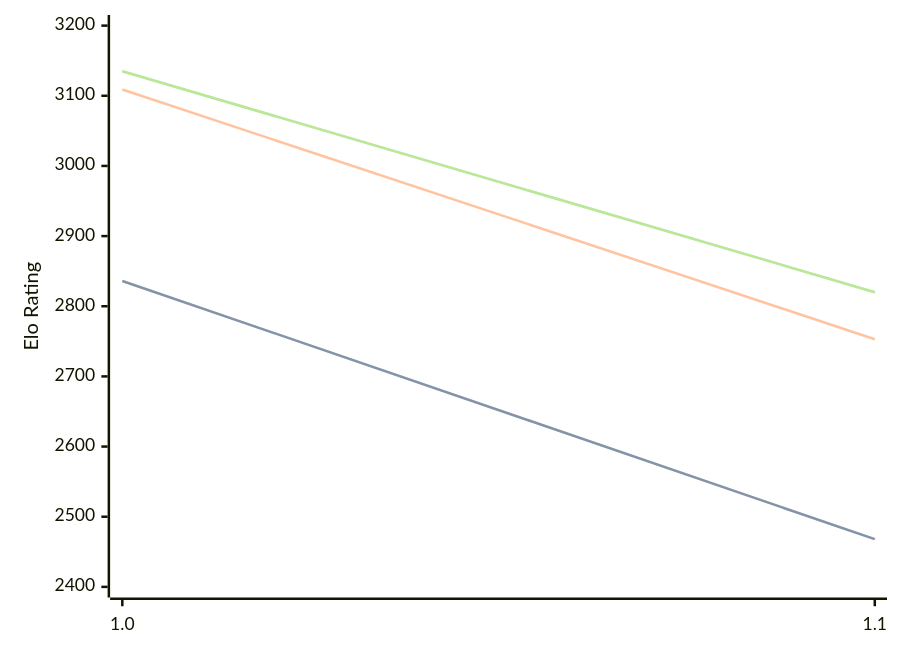
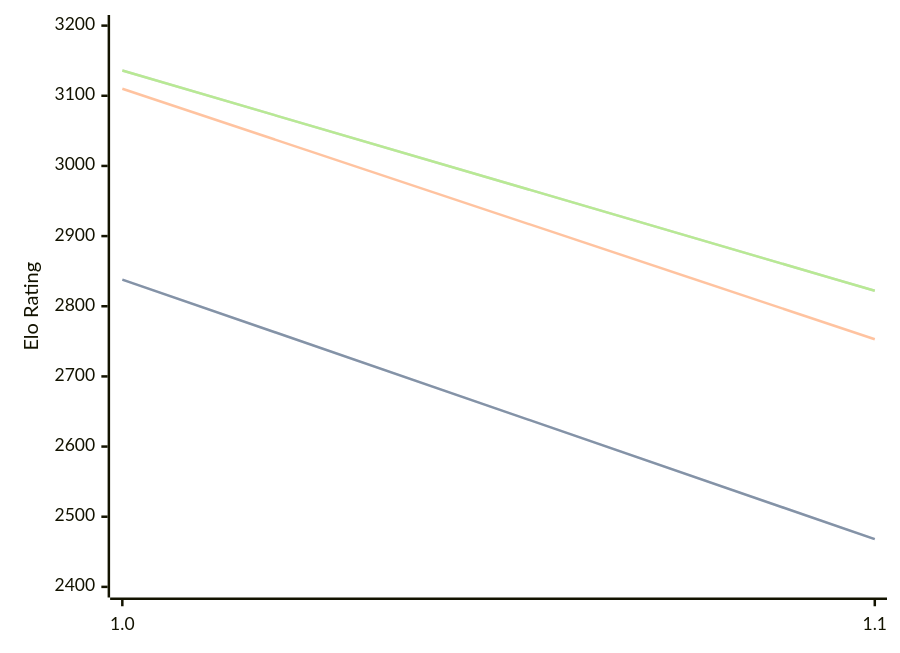
Before and after one commit to computer-chess-index/cci: the diagram in engines/Publius.md, drawn with Mermaid. The commit also changed other lines of this file, not shown here.

Commit message:
Update CCI Ratings (ELO VLTC) - 2026-09-08

````diff
--- a/engines/Publius.md
+++ b/engines/Publius.md
@@ -32,11 +32,11 @@
 ```mermaid
 %%{init: {"theme":"base","themeVariables":{"seriesColors:['#a3a3a3','#222221','#faa371']}}}%%
 xychart-beta
   x-axis ["1.0", "1.1"]
   y-axis "Elo Rating" 2400 --> 3200
-  line "" [2836, 2468]
-  line "STC (8.0+0.08s)" [2836, 2468]
-  line "LTC (60.0+0.60s)" [3109, 2753]
-  line "" [3135, 2820]
-  line "VLTC (2m24s+1.12s)" [3135, 2820]
+  line "" [2838, 2468]
+  line "STC (8.0+0.08s)" [2838, 2468]
+  line "LTC (60.0+0.60s)" [3110, 2753]
+  line "" [3136, 2822]
+  line "VLTC (2m24s+1.12s)" [3136, 2822]
 ```
````
